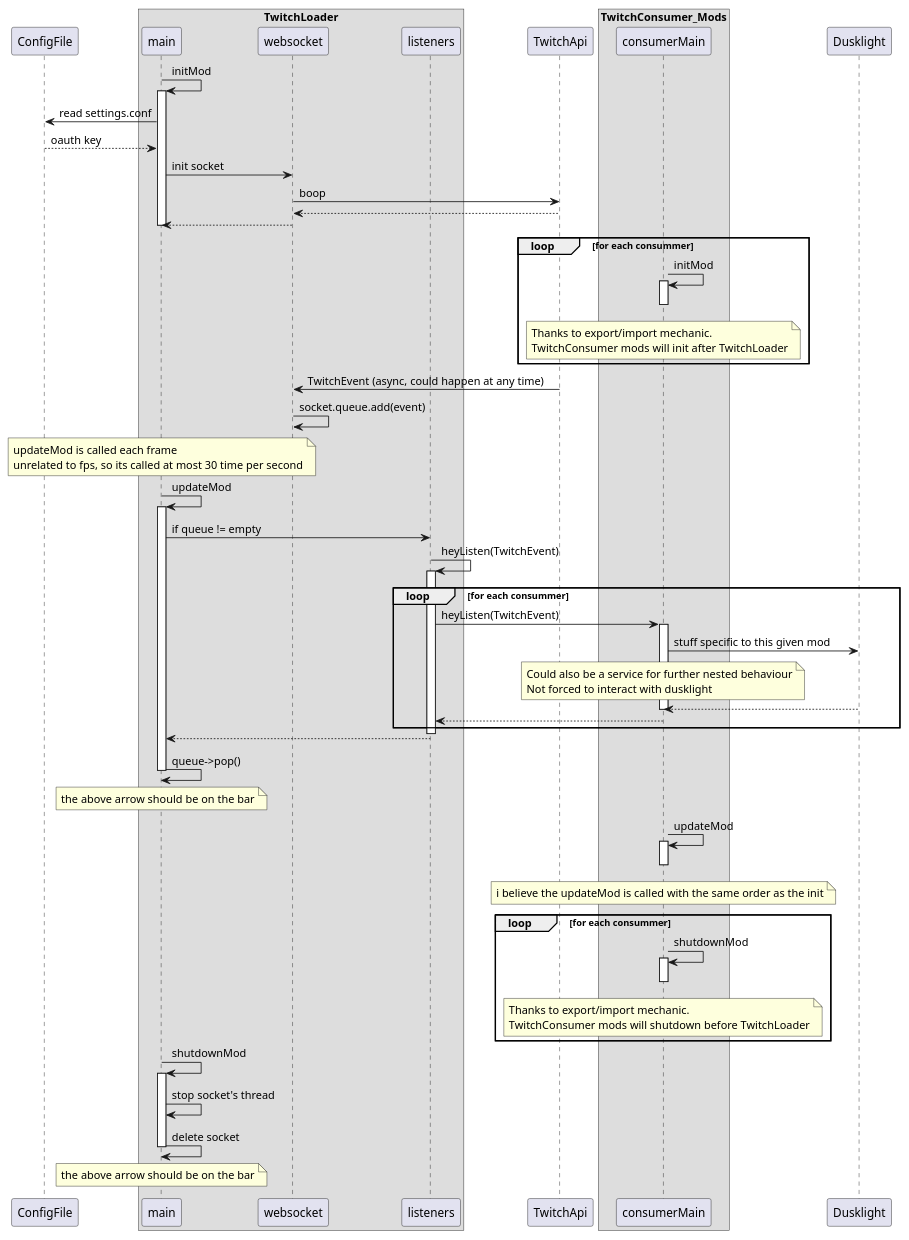
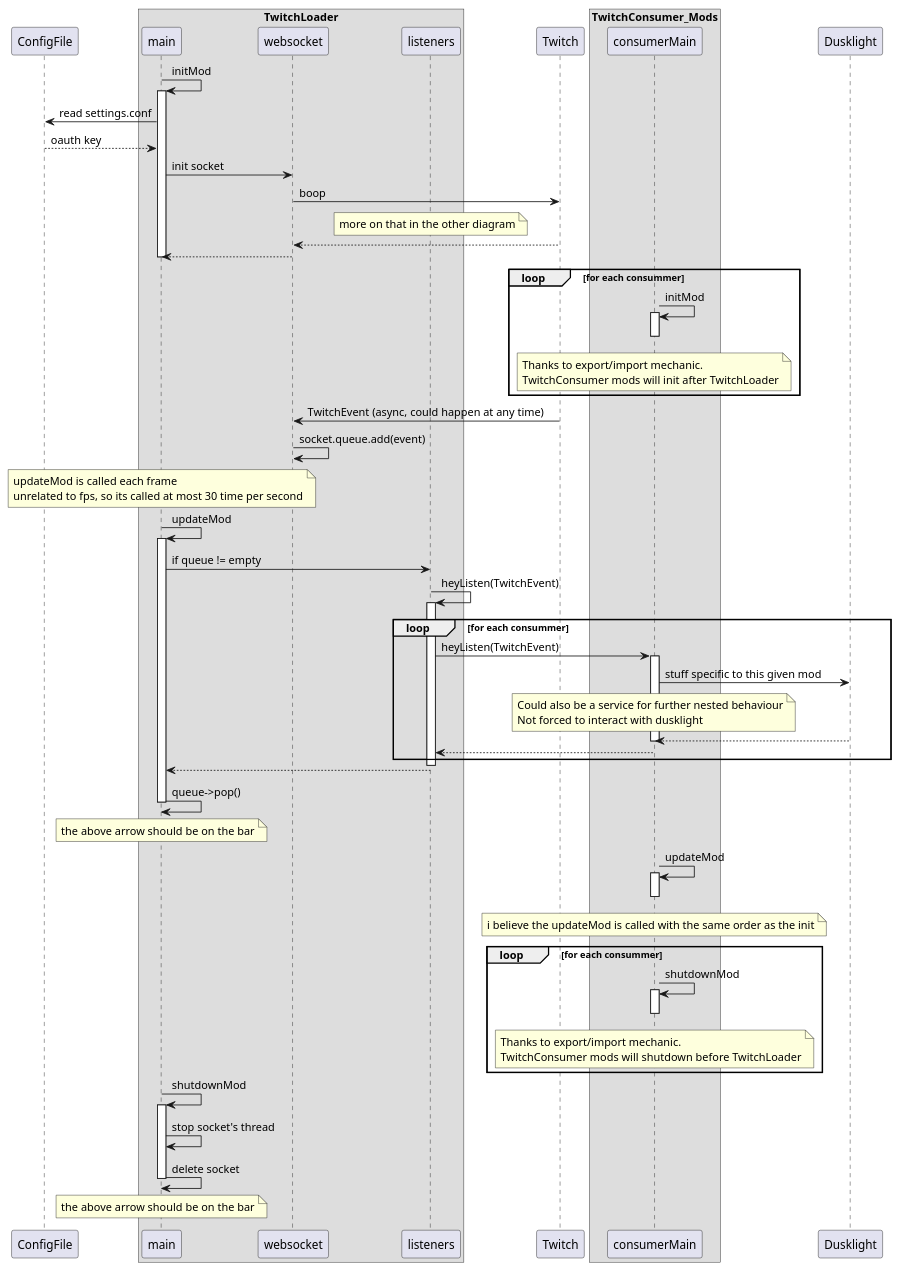
Before and after one commit to Noaseto/TwitchLoader: the diagram in docs/LifeCycle.puml, drawn with PlantUML. The commit also changed other lines of this file and 6 other files, not shown here.

```diff
--- a/docs/LifeCycle.puml
+++ b/docs/LifeCycle.puml
@@ -1,81 +3,82 @@
 @startuml
 ' members definition
 participant ConfigFile as cf
 box TwitchLoader
     participant main as main
     participant websocket as ws
     participant listeners as navi
 end box
-participant TwitchApi as api
+participant Twitch as twitch
 box TwitchConsumer_Mods
     participant consumerMain as naviMain
 end box
 
 participant Dusklight as dusk
 
 
 ' init
 main -> main: initMod
 activate main
     main -> cf : read settings.conf
     cf --> main : oauth key
     main -> ws: init socket
-    ws -> api: boop
-    api --> ws:
+    ws -> twitch: boop
+    note over navi: more on that in the other diagram
+    twitch --> ws:
     ws --> main:
 deactivate main
 
 loop for each consummer
     naviMain -> naviMain: initMod
     activate naviMain
     note over naviMain: Thanks to export/import mechanic.\nTwitchConsumer mods will init after TwitchLoader
     deactivate naviMain
 end
 
 
-api -> ws: TwitchEvent (async, could happen at any time)
+twitch -> ws: TwitchEvent (async, could happen at any time)
 ws -> ws: socket.queue.add(event)
 
 ' update
 note over main: updateMod is called each frame\nunrelated to fps, so its called at most 30 time per second
 main -> main: updateMod
 activate main
     main -> navi: if queue != empty
     navi -> navi: heyListen(TwitchEvent)
     activate navi
         loop for each consummer
             navi -> naviMain: heyListen(TwitchEvent)
             activate naviMain
                 naviMain -> dusk: stuff specific to this given mod
                 note over naviMain: Could also be a service for further nested behaviour\nNot forced to interact with dusklight
                 dusk --> naviMain:
             deactivate naviMain
             naviMain-->navi
         end
     deactivate navi
     navi --> main:
     main -> main: queue->pop()
     note over main: the above arrow should be on the bar
 deactivate main
 
 naviMain->naviMain:updateMod
 activate naviMain
     note over naviMain: i believe the updateMod is called with the same order as the init
 deactivate naviMain
 
 ' destroy
 loop for each consummer
     naviMain -> naviMain: shutdownMod
     activate naviMain
     note over naviMain: Thanks to export/import mechanic.\nTwitchConsumer mods will shutdown before TwitchLoader
     deactivate naviMain
 end
 
 
 main -> main: shutdownMod
 activate main
     main->main:stop socket's thread
     main->main: delete socket
 deactivate main
 note over main: the above arrow should be on the bar
 @enduml
```
